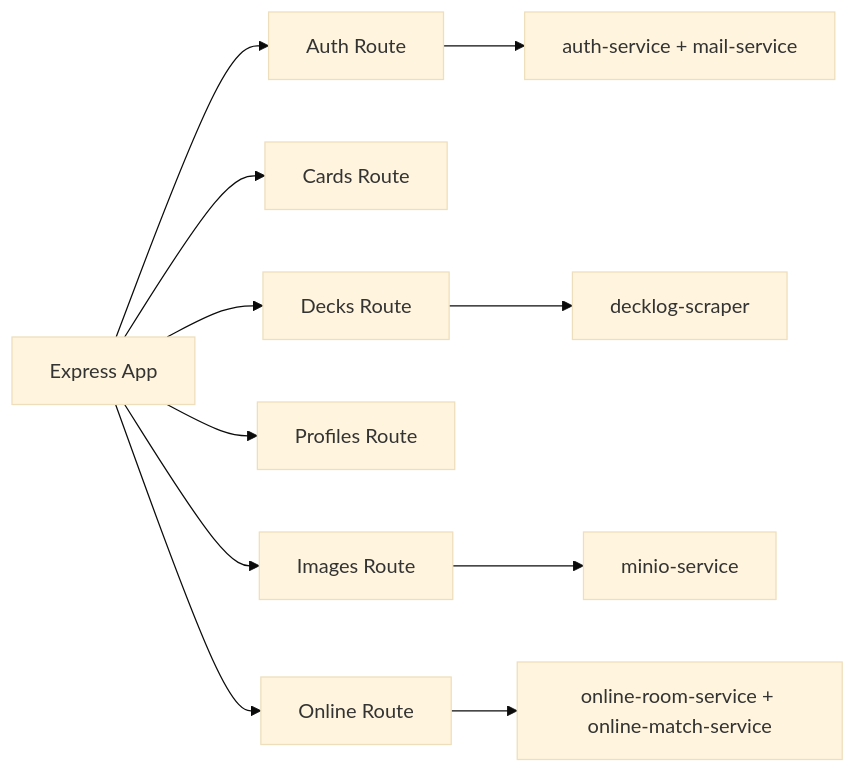
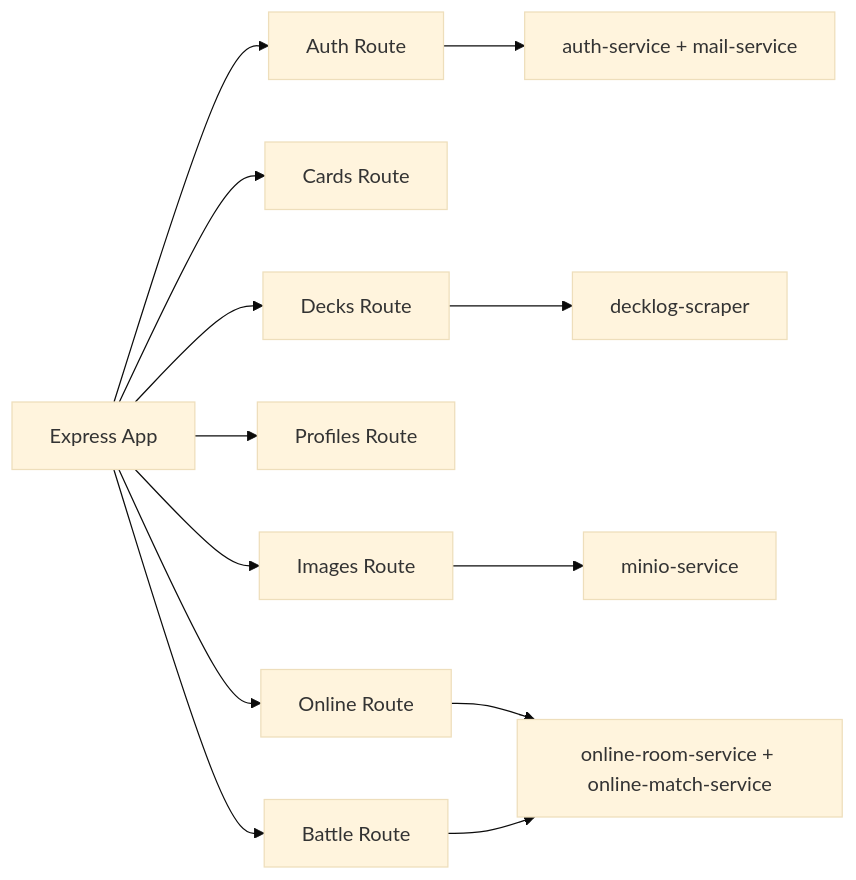
The seventh of 9 diagrams in game_system_design.md (catmeow123456/loveca-dev), drawn with Mermaid (base theme) before and after one commit. The commit also changed other lines of this file and 36 other files, not shown here.

````diff
--- a/game_system_design.md
+++ b/game_system_design.md
@@ -342,14 +342,16 @@
 ```mermaid
 graph LR
     App[Express App] --> AuthR[Auth Route]
     App --> CardsR[Cards Route]
     App --> DecksR[Decks Route]
     App --> ProfilesR[Profiles Route]
     App --> ImagesR[Images Route]
     App --> OnlineR[Online Route]
+    App --> BattleR[Battle Route]
 
     AuthR --> AuthSvc[auth-service + mail-service]
     DecksR --> Scraper[decklog-scraper]
     ImagesR --> MinioSvc[minio-service]
     OnlineR --> OnlineSvc[online-room-service + online-match-service]
+    BattleR --> OnlineSvc
 ```
````
